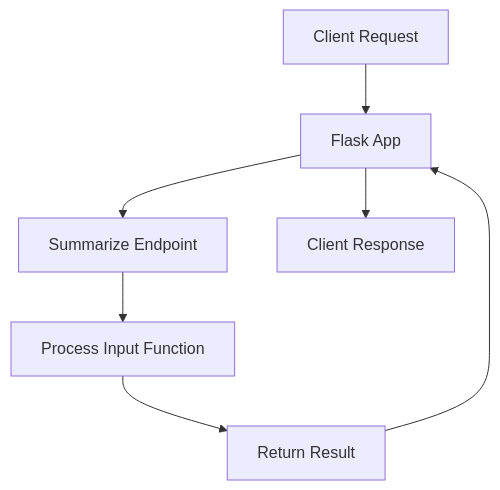
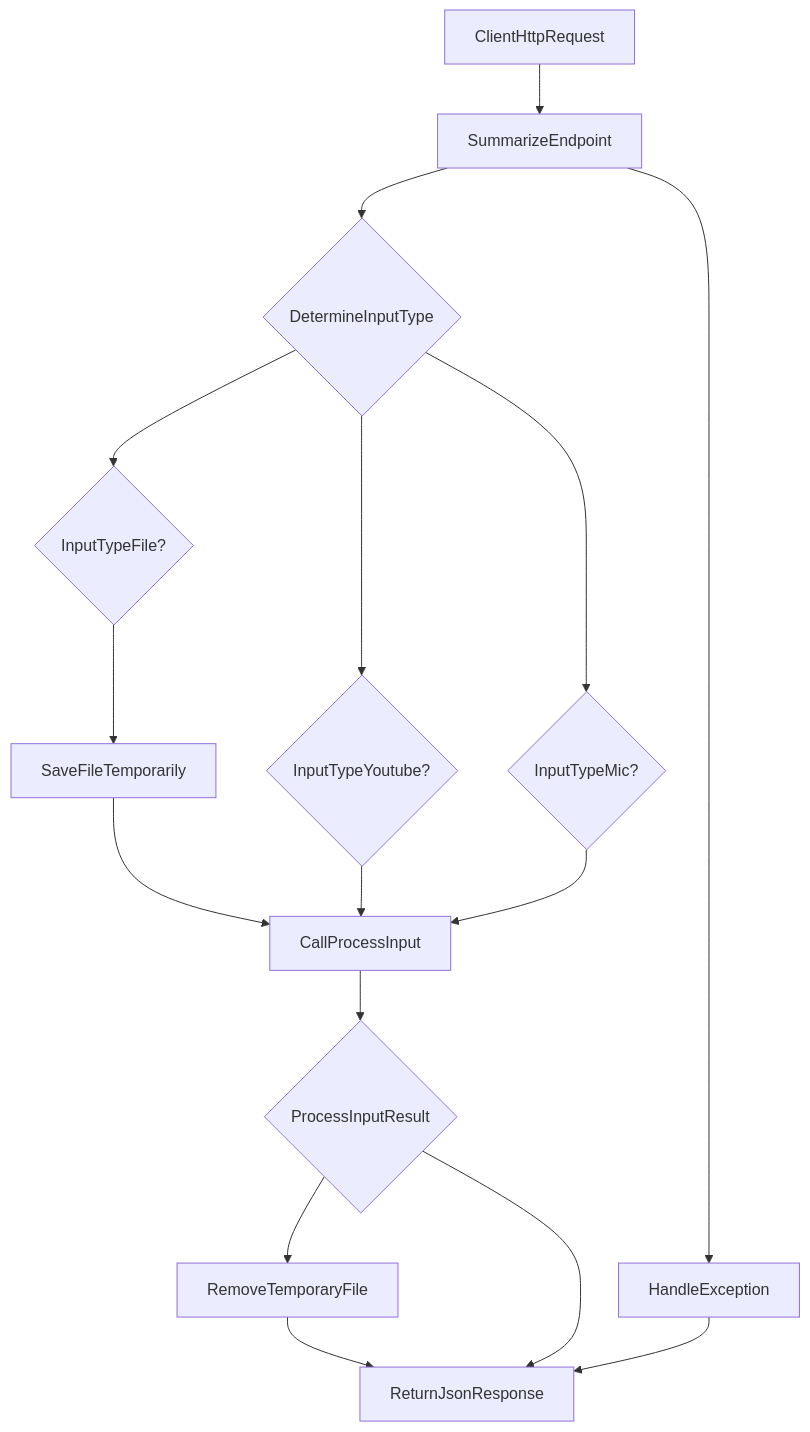
The diagram in docs/server.py.md (test-company-prowiz/Note-Summerizer), drawn with Mermaid before and after one commit. The commit also changed other lines of this file, not shown here.

````diff
--- a/docs/server.py.md
+++ b/docs/server.py.md
@@ -49,9 +53,18 @@
 ```mermaid
 graph TD
-A[Client Request] --> B[Flask App]
-B --> C[Summarize Endpoint]
-C --> D[Process Input Function]
-D --> E[Return Result]
-E --> B
-B --> F[Client Response]
+A[ClientHttpRequest] --> B[SummarizeEndpoint]
+B --> C{DetermineInputType}
+C --> D1{InputTypeFile?}
+C --> D2{InputTypeYoutube?}
+C --> D3{InputTypeMic?}
+D1 --> E1[SaveFileTemporarily]
+E1 --> F[CallProcessInput]
+D2 --> F[CallProcessInput]
+D3 --> F[CallProcessInput]
+F --> G{ProcessInputResult}
+G --> H1[RemoveTemporaryFile]
+H1 --> I[ReturnJsonResponse]
+G --> I[ReturnJsonResponse]
+B --> J[HandleException]
+J --> I[ReturnJsonResponse]
 ```
````
